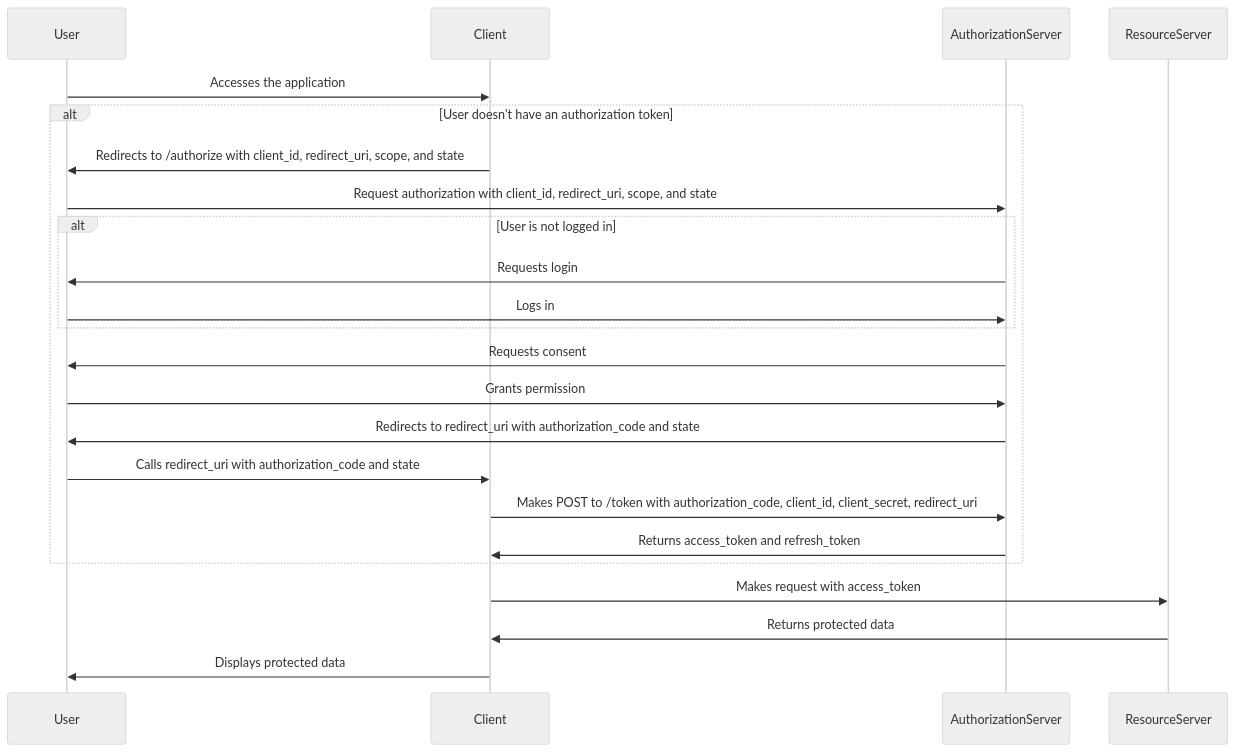
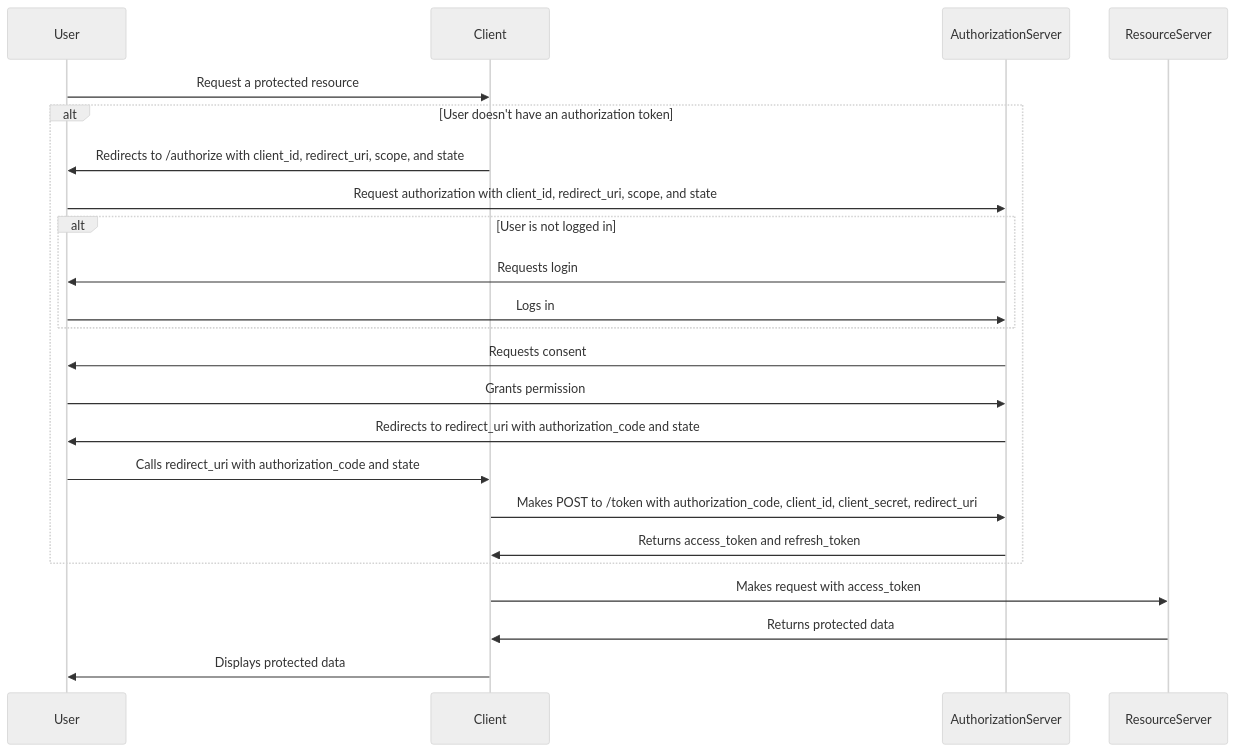
Before and after one commit to pcandido/oauth2: the diagram in README.md, drawn with Mermaid (neutral theme). The commit also changed other lines of this file, not shown here.

````diff
--- a/README.md
+++ b/README.md
@@ -50,26 +39,26 @@
 ```mermaid
 sequenceDiagram
     participant User
     participant Client
     participant AuthorizationServer
     participant ResourceServer
 
-    User->>Client: Accesses the application
+    User->>Client: Request a protected resource
     alt User doesn't have an authorization token
         Client->>User: Redirects to /authorize with client_id, redirect_uri, scope, and state
         User->>AuthorizationServer: Request authorization with client_id, redirect_uri, scope, and state
         alt User is not logged in
             AuthorizationServer->>User: Requests login
             User->>AuthorizationServer: Logs in
         end
         AuthorizationServer->>User: Requests consent
         User->>AuthorizationServer: Grants permission
         AuthorizationServer->>User: Redirects to redirect_uri with authorization_code and state
         User->>Client: Calls redirect_uri with authorization_code and state
         Client->>AuthorizationServer: Makes POST to /token with authorization_code, client_id, client_secret, redirect_uri
         AuthorizationServer->>Client: Returns access_token and refresh_token
     end
     Client->>ResourceServer: Makes request with access_token
     ResourceServer->>Client: Returns protected data
     Client->>User: Displays protected data
 ```
````
